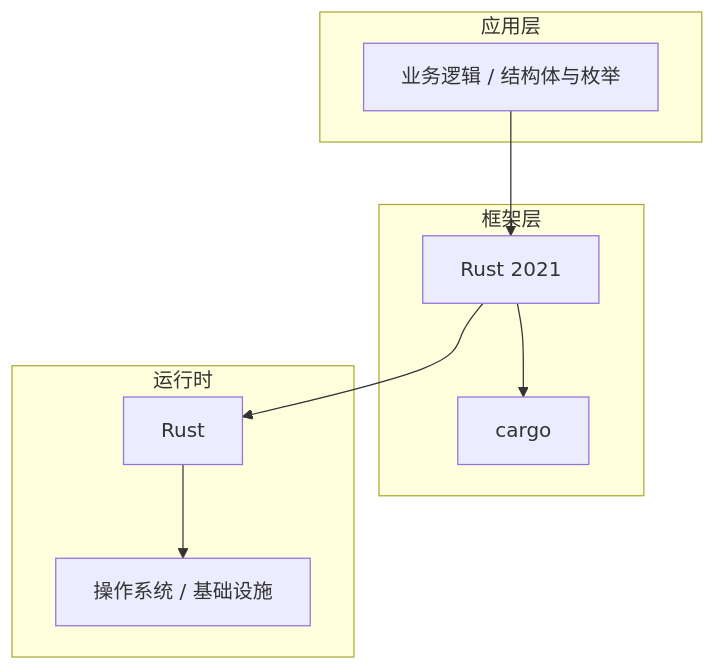
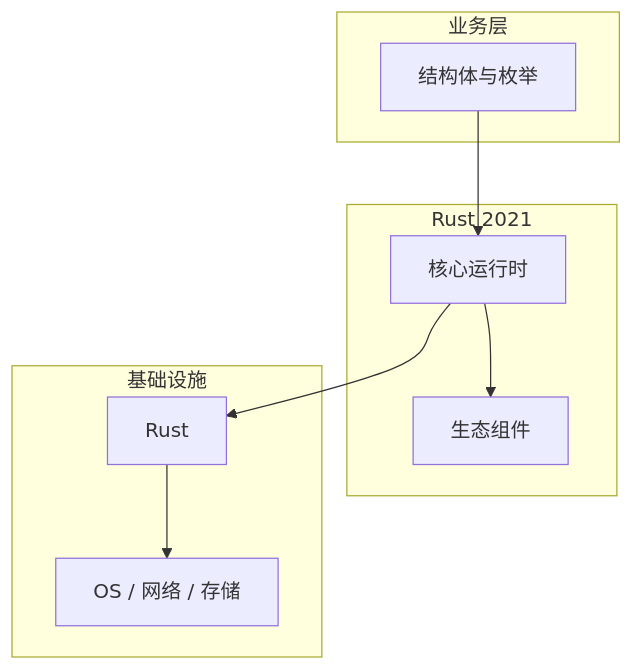
Before and after one commit to yanggan2015/knowledge-json-v2: the diagram in articles/Rust语言/chapters/029-结构体与枚举核心概念与原理.md, drawn with Mermaid. The commit also changed other lines of this file and 10127 other files, not shown here.

````diff
--- a/articles/Rust语言/chapters/029-结构体与枚举核心概念与原理.md
+++ b/articles/Rust语言/chapters/029-结构体与枚举核心概念与原理.md
@@ -45,18 +34,18 @@
 ```mermaid
 graph TB
-    subgraph 应用层
-        A[业务逻辑 / 结构体与枚举]
+    subgraph 业务层
+        A[结构体与枚举]
     end
-    subgraph 框架层
-        B[Rust 2021]
-        C[cargo]
+    subgraph Rust 2021
+        B[核心运行时]
+        C[生态组件]
     end
-    subgraph 运行时
+    subgraph 基础设施
         D[Rust]
-        E[操作系统 / 基础设施]
+        E[OS / 网络 / 存储]
     end
     A --> B
     B --> C
     B --> D
     D --> E
 ```
````
